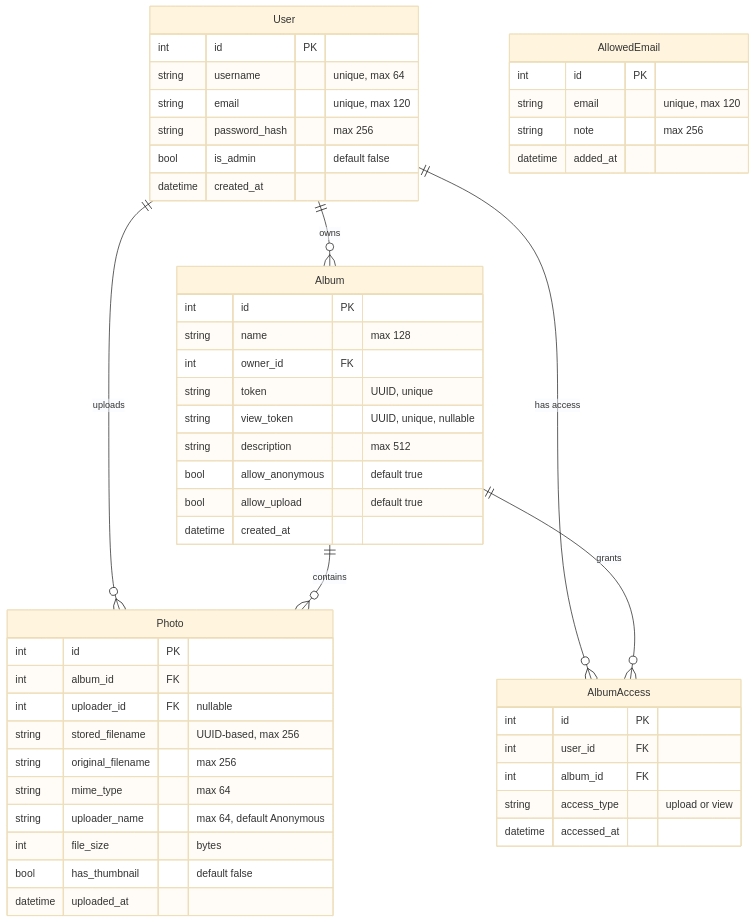
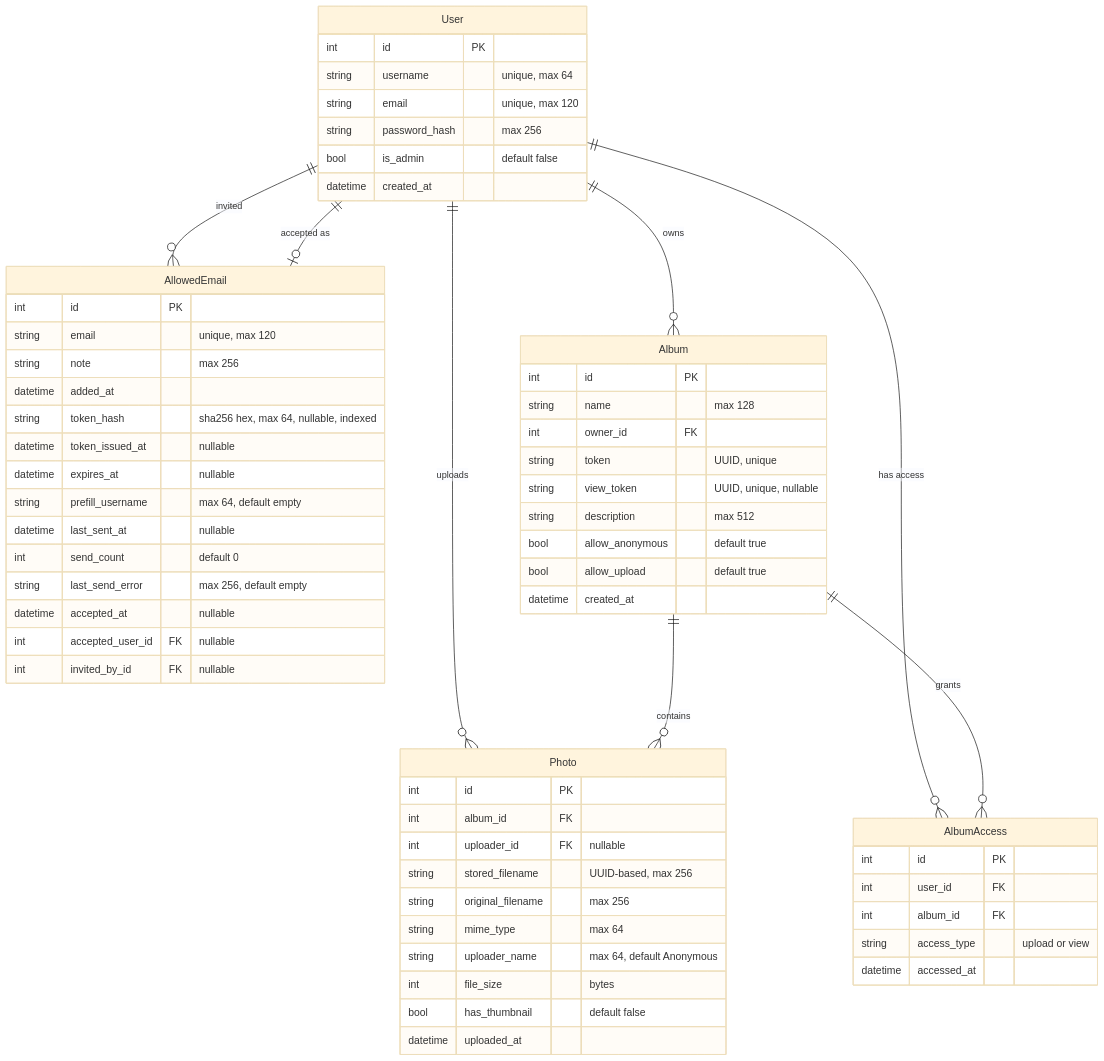
One commit to gfvandehei/PixelVault changed the diagram in docs/database_schema.md. Above: the diagram before and after it, drawn with Mermaid (base theme). The commit also changed other lines of this file and 3 other files, not shown here.

First line of the commit message:
feat(invites): turn AllowedEmail into an invite with a lifecycle

````diff
--- a/docs/database_schema.md
+++ b/docs/database_schema.md
@@ -3,57 +3,69 @@
 ```mermaid
 erDiagram
     User {
         int id PK
         string username "unique, max 64"
         string email "unique, max 120"
         string password_hash "max 256"
         bool is_admin "default false"
         datetime created_at
     }
 
     AllowedEmail {
         int id PK
         string email "unique, max 120"
         string note "max 256"
         datetime added_at
+        string token_hash "sha256 hex, max 64, nullable, indexed"
+        datetime token_issued_at "nullable"
+        datetime expires_at "nullable"
+        string prefill_username "max 64, default empty"
+        datetime last_sent_at "nullable"
+        int send_count "default 0"
+        string last_send_error "max 256, default empty"
+        datetime accepted_at "nullable"
+        int accepted_user_id FK "nullable"
+        int invited_by_id FK "nullable"
     }
 
     Album {
         int id PK
         string name "max 128"
         int owner_id FK
         string token "UUID, unique"
         string view_token "UUID, unique, nullable"
         string description "max 512"
         bool allow_anonymous "default true"
         bool allow_upload "default true"
         datetime created_at
     }
 
     AlbumAccess {
         int id PK
         int user_id FK
         int album_id FK
         string access_type "upload or view"
         datetime accessed_at
     }
 
     Photo {
         int id PK
         int album_id FK
         int uploader_id FK "nullable"
         string stored_filename "UUID-based, max 256"
         string original_filename "max 256"
         string mime_type "max 64"
         string uploader_name "max 64, default Anonymous"
         int file_size "bytes"
         bool has_thumbnail "default false"
         datetime uploaded_at
     }
 
     User ||--o{ Album : "owns"
+    User ||--o{ AllowedEmail : "invited"
+    User ||--o| AllowedEmail : "accepted as"
     User ||--o{ AlbumAccess : "has access"
     User ||--o{ Photo : "uploads"
     Album ||--o{ Photo : "contains"
     Album ||--o{ AlbumAccess : "grants"
 ```
````
